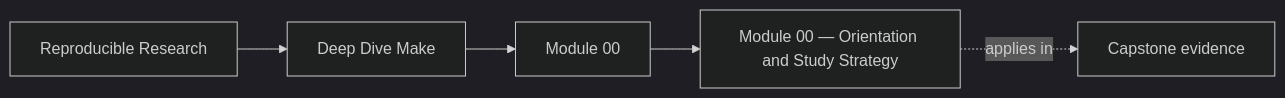
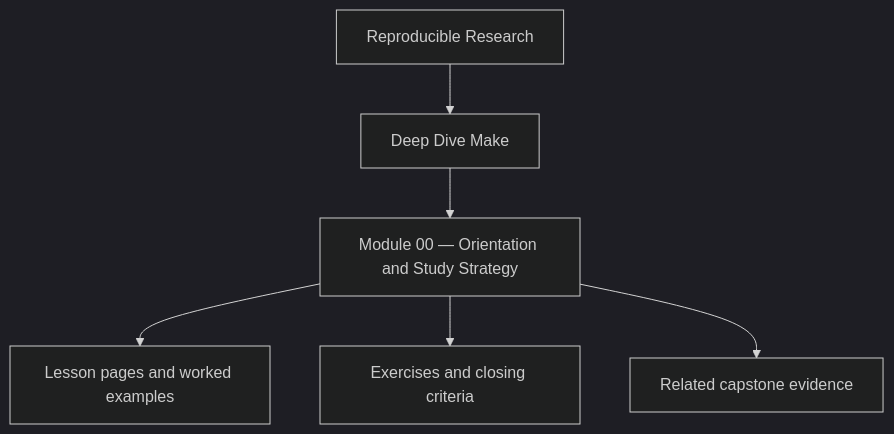
One commit to bijux/bijux-masterclass changed the first of 2 diagrams in programs/reproducible-research/deep-dive-make/course-book/module-00-orientation/index.md. Above: the diagram before and after it, drawn with Mermaid (dark theme). The commit also changed other lines of this file and 10 other files, not shown here.

Commit message:
docs(deep-dive-make): reposition module overview diagrams

````diff
--- a/programs/reproducible-research/deep-dive-make/course-book/module-00-orientation/index.md
+++ b/programs/reproducible-research/deep-dive-make/course-book/module-00-orientation/index.md
@@ -9,11 +9,8 @@
 ```mermaid
-graph LR
-  family["Reproducible Research"]
-  program["Deep Dive Make"]
-  section["Module 00"]
-  page["Module 00 — Orientation and Study Strategy"]
-  capstone["Capstone evidence"]
-
-  family --> program --> section --> page
-  page -.applies in.-> capstone
+flowchart TD
+  family["Reproducible Research"] --> program["Deep Dive Make"]
+  program --> module["Module 00 — Orientation and Study Strategy"]
+  module --> lessons["Lesson pages and worked examples"]
+  module --> checkpoints["Exercises and closing criteria"]
+  module --> capstone["Related capstone evidence"]
 ```
````
